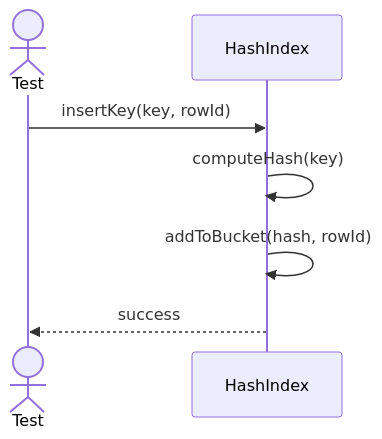
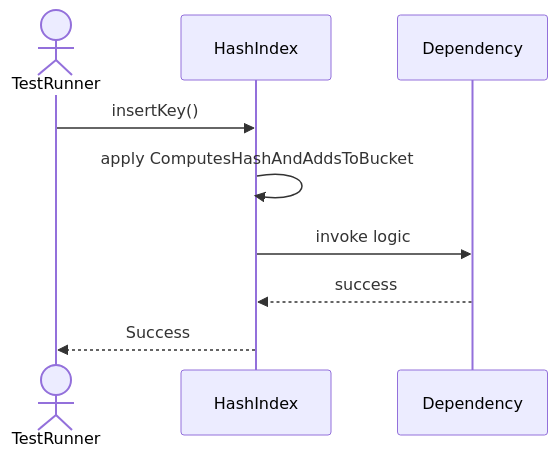
Before and after one commit to TamBui1706/DBMS: the first of 6 diagrams in Sequences/DatabaseObjectManagement/HashIndex.md, drawn with Mermaid. The commit also changed other lines of this file and 63 other files, not shown here.

Commit message:
Draw sequence diagram for unit tests

````diff
--- a/Sequences/DatabaseObjectManagement/HashIndex.md
+++ b/Sequences/DatabaseObjectManagement/HashIndex.md
@@ -15,10 +20,10 @@
 ```mermaid
 sequenceDiagram
-    actor Test
+    actor TestRunner
     participant HashIndex
-
-    Test->>HashIndex: insertKey(key, rowId)
-    HashIndex->>HashIndex: computeHash(key)
-    HashIndex->>HashIndex: addToBucket(hash, rowId)
-    HashIndex-->>Test: success
+    TestRunner->>HashIndex: insertKey()
+    HashIndex->>HashIndex: apply ComputesHashAndAddsToBucket
+    HashIndex->>Dependency: invoke logic
+    Dependency-->>HashIndex: success
+    HashIndex-->>TestRunner: Success
 ```
````
